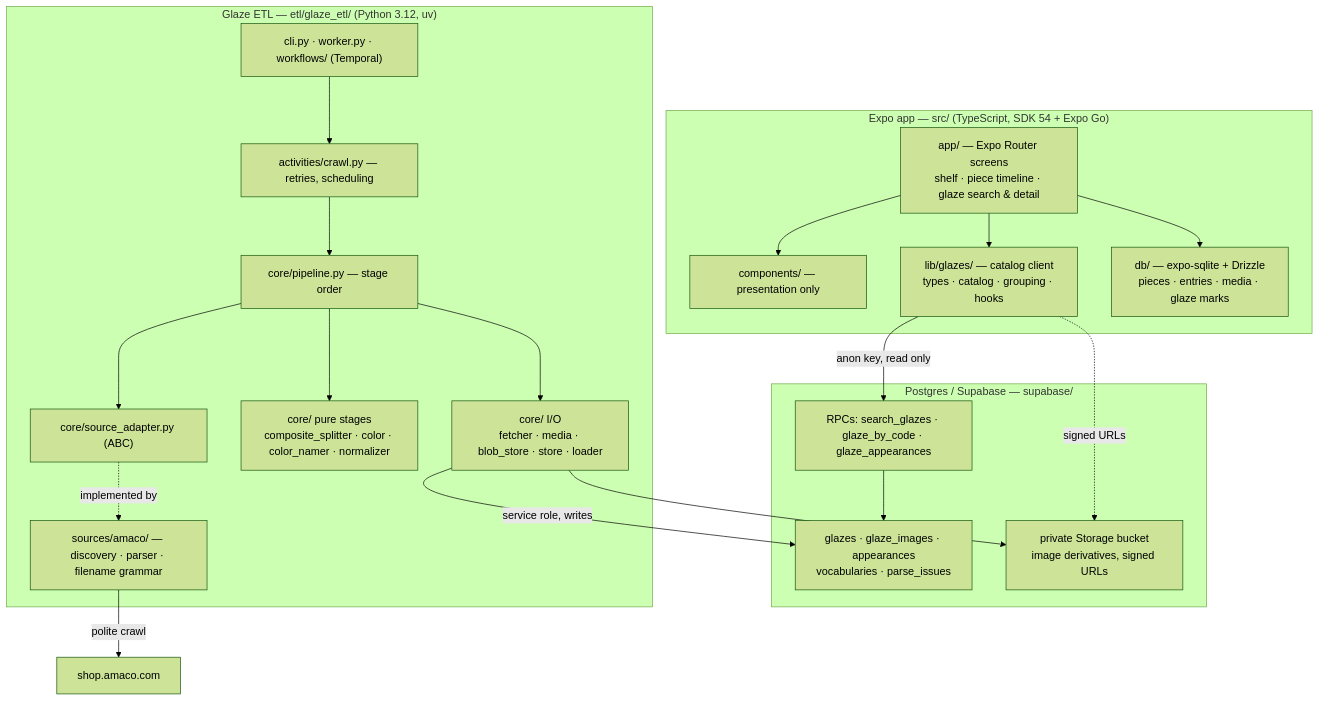
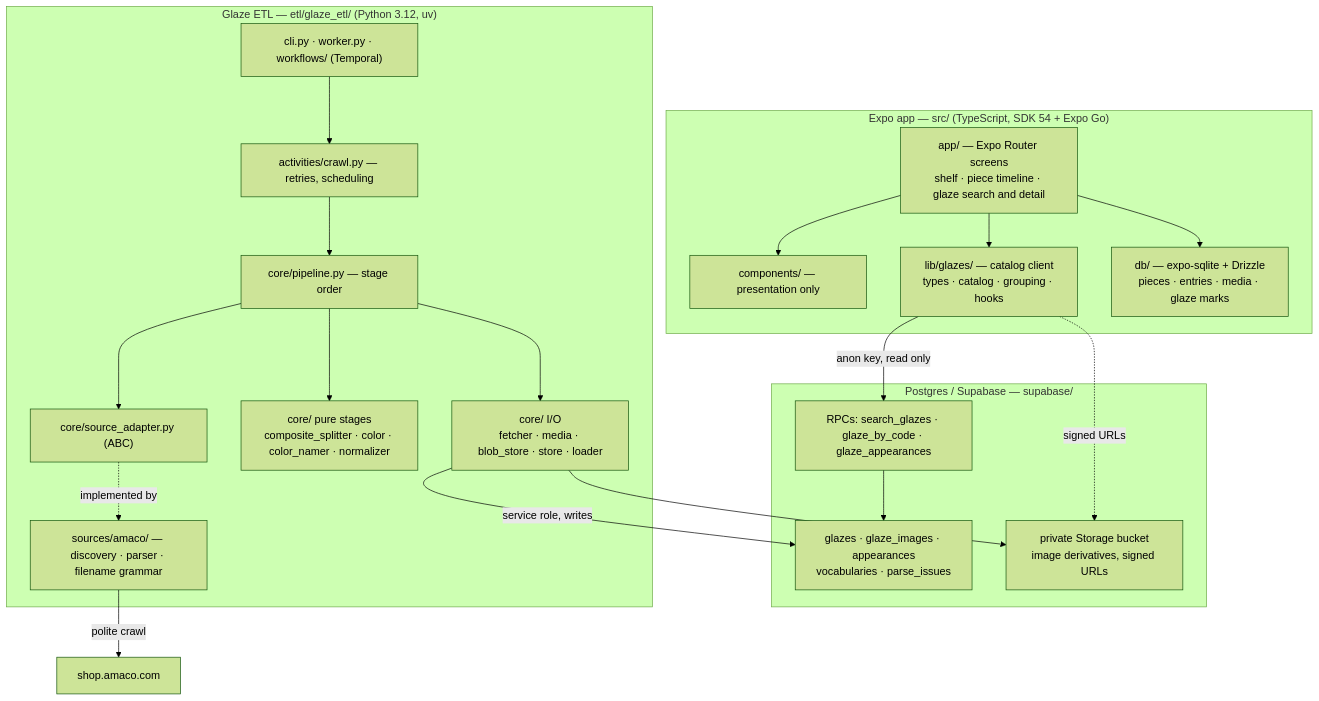
One commit to nickscip/mudbud changed the diagram in ARCHITECTURE.md. Above: the diagram before and after it, drawn with Mermaid (forest theme). The commit also changed 1 other file, not shown here.

Commit message:
docs: harden the architecture diagram, and note the hook's re-staging
Mermaid treats a bare `&` in a node label as a node-list separator and wants
spaces around dotted-link text, so both were rewritten rather than trusted.

The cleaner re-stages whole files, which quietly widens a `git add -p` commit —
worth saying in the header, since nothing else warns you.

````diff
--- a/ARCHITECTURE.md
+++ b/ARCHITECTURE.md
@@ -7,40 +7,40 @@
 ```mermaid
 graph TD
   subgraph app["Expo app — src/ (TypeScript, SDK 54 + Expo Go)"]
-    screens["app/ — Expo Router screens<br/>shelf · piece timeline · glaze search & detail"]
+    screens["app/ — Expo Router screens<br/>shelf · piece timeline · glaze search and detail"]
     components["components/ — presentation only"]
     glazes["lib/glazes/ — catalog client<br/>types · catalog · grouping · hooks"]
     localdb["db/ — expo-sqlite + Drizzle<br/>pieces · entries · media · glaze marks"]
     screens --> components
     screens --> glazes
     screens --> localdb
   end
 
   subgraph pg["Postgres / Supabase — supabase/"]
     rpc["RPCs: search_glazes · glaze_by_code · glaze_appearances"]
     tables["glazes · glaze_images · appearances<br/>vocabularies · parse_issues"]
     bucket["private Storage bucket<br/>image derivatives, signed URLs"]
     rpc --> tables
   end
 
   subgraph etl["Glaze ETL — etl/glaze_etl/ (Python 3.12, uv)"]
     entry["cli.py · worker.py · workflows/ (Temporal)"]
     activities["activities/crawl.py — retries, scheduling"]
     pipeline["core/pipeline.py — stage order"]
     adapter["core/source_adapter.py (ABC)"]
     amaco["sources/amaco/ — discovery · parser · filename grammar"]
     pure["core/ pure stages<br/>composite_splitter · color · color_namer · normalizer"]
     io["core/ I/O<br/>fetcher · media · blob_store · store · loader"]
     entry --> activities --> pipeline
     pipeline --> adapter
-    adapter -.implemented by.-> amaco
+    adapter -. implemented by .-> amaco
     pipeline --> pure
     pipeline --> io
   end
 
   glazes -->|"anon key, read only"| rpc
   io -->|"service role, writes"| tables
   io --> bucket
   glazes -.->|"signed URLs"| bucket
   amaco -->|"polite crawl"| amacoweb["shop.amaco.com"]
 ```
````
